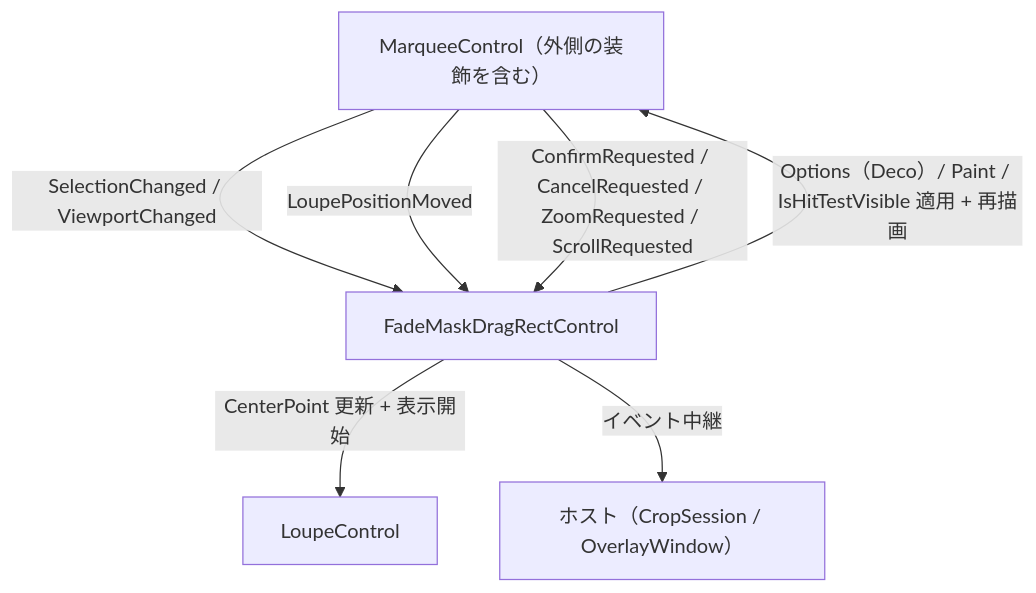
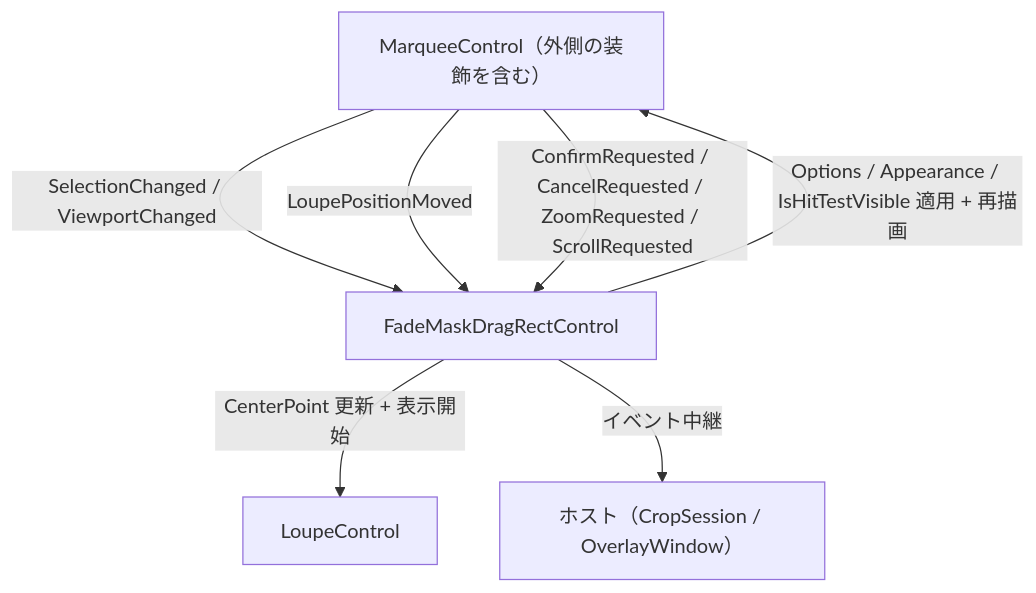
Before and after one commit to tomokuni/SaveEvidence: the diagram in src/FadeMaskDragRectControl.AvaloniaUI/SPEC_ExtFunc.md, drawn with Mermaid. The commit also changed other lines of this file and 33 other files, not shown here.

````diff
--- a/src/FadeMaskDragRectControl.AvaloniaUI/SPEC_ExtFunc.md
+++ b/src/FadeMaskDragRectControl.AvaloniaUI/SPEC_ExtFunc.md
@@ -225,10 +225,10 @@
 ```mermaid
 graph TD
     DR["MarqueeControl（外側の装飾を含む）"] -->|"SelectionChanged / ViewportChanged"| SC["FadeMaskDragRectControl"]
 
     DR -->|"LoupePositionMoved"| SC
     DR -->|"ConfirmRequested / CancelRequested / ZoomRequested / ScrollRequested"| SC
-    SC -->|"Options（Deco）/ Paint / IsHitTestVisible 適用 + 再描画"| DR
+    SC -->|"Options / Appearance / IsHitTestVisible 適用 + 再描画"| DR
     SC -->|"CenterPoint 更新 + 表示開始"| LC["LoupeControl"]
     SC -->|"イベント中継"| HOST["ホスト（CropSession / OverlayWindow）"]
 ```
````
